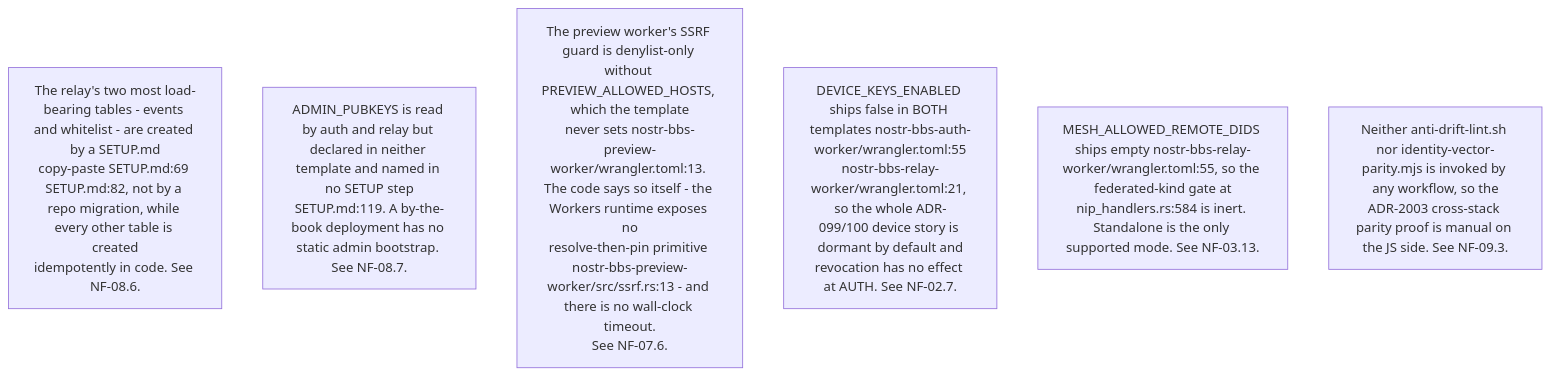
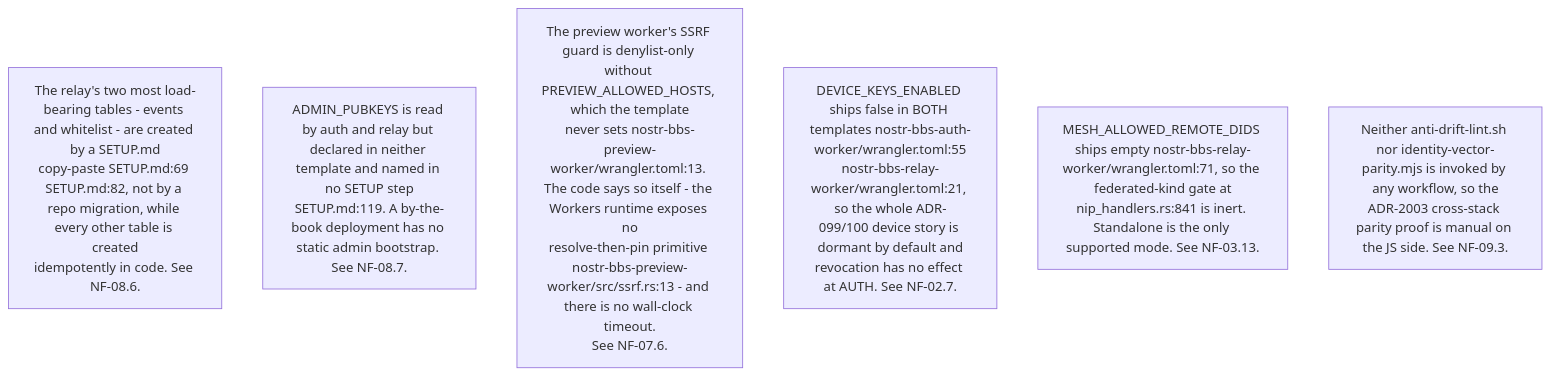
One commit to DreamLab-AI/VisionFlow changed the seventh of 11 diagrams in docs/diagrams/nostr-rust-forum/10-invariants-and-anomaly-register.md. Above: the diagram before and after it, drawn with Mermaid. The commit also changed other lines of this file and 11 other files, not shown here.

````diff
--- a/docs/diagrams/nostr-rust-forum/10-invariants-and-anomaly-register.md
+++ b/docs/diagrams/nostr-rust-forum/10-invariants-and-anomaly-register.md
@@ -143,9 +145,9 @@
 ```mermaid
 flowchart TB
     S1["The relay's two most load-bearing tables - events and whitelist - are created by a SETUP.md<br/>copy-paste SETUP.md:69 SETUP.md:82, not by a repo migration, while every other table is created<br/>idempotently in code. See NF-08.6."]
     S2["ADMIN_PUBKEYS is read by auth and relay but declared in neither template and named in no SETUP step<br/>SETUP.md:119. A by-the-book deployment has no static admin bootstrap. See NF-08.7."]
     S3["The preview worker's SSRF guard is denylist-only without PREVIEW_ALLOWED_HOSTS, which the template<br/>never sets nostr-bbs-preview-worker/wrangler.toml:13. The code says so itself - the Workers runtime exposes no<br/>resolve-then-pin primitive nostr-bbs-preview-worker/src/ssrf.rs:13 - and there is no wall-clock timeout.<br/>See NF-07.6."]
     S4["DEVICE_KEYS_ENABLED ships false in BOTH templates nostr-bbs-auth-worker/wrangler.toml:55<br/>nostr-bbs-relay-worker/wrangler.toml:21, so the whole ADR-099/100 device story is dormant by default and<br/>revocation has no effect at AUTH. See NF-02.7."]
-    S5["MESH_ALLOWED_REMOTE_DIDS ships empty nostr-bbs-relay-worker/wrangler.toml:55, so the federated-kind gate at<br/>nip_handlers.rs:584 is inert. Standalone is the only supported mode. See NF-03.13."]
+    S5["MESH_ALLOWED_REMOTE_DIDS ships empty nostr-bbs-relay-worker/wrangler.toml:71, so the federated-kind gate at<br/>nip_handlers.rs:841 is inert. Standalone is the only supported mode. See NF-03.13."]
     S6["Neither anti-drift-lint.sh nor identity-vector-parity.mjs is invoked by any workflow, so the<br/>ADR-2003 cross-stack parity proof is manual on the JS side. See NF-09.3."]
 ```
````
